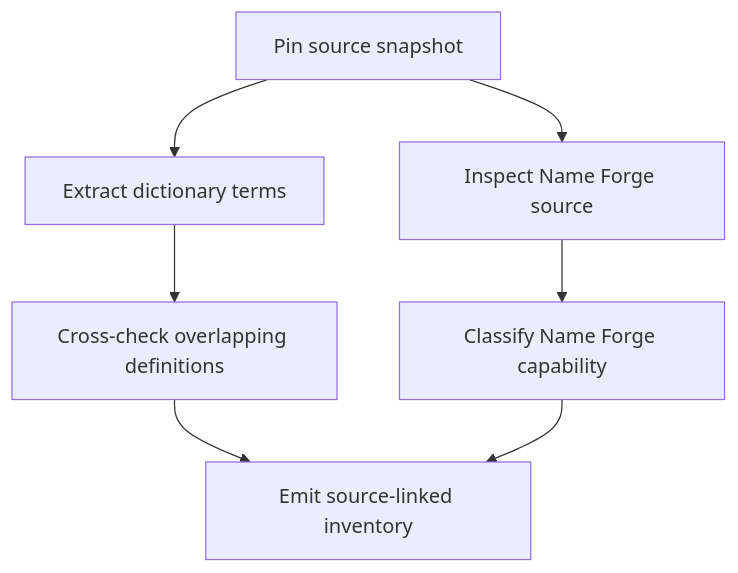
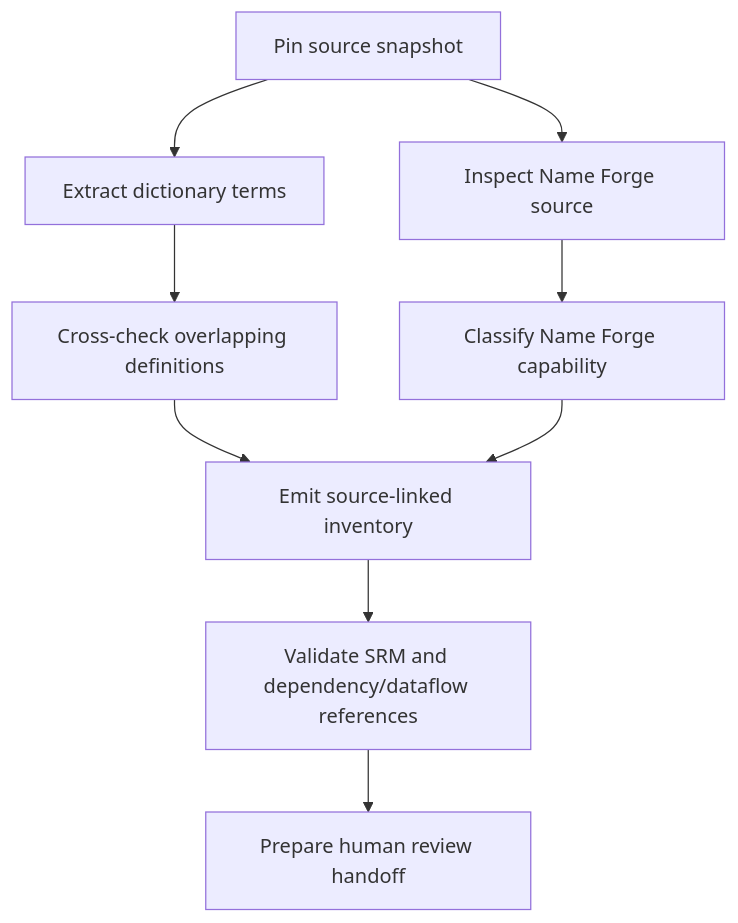
One commit to timerloggedout-spec/termux-monorepo changed the diagram in docs/proposals/active/software-recipe-intelligence/examples/GRIMOIRE-CRAFT-WORKED-EXAMPLE.md. Above: the diagram before and after it, drawn with Mermaid. The commit also changed other lines of this file, not shown here.

Commit message:
docs(recipe): complete worked example validation and handoff flow

````diff
--- a/docs/proposals/active/software-recipe-intelligence/examples/GRIMOIRE-CRAFT-WORKED-EXAMPLE.md
+++ b/docs/proposals/active/software-recipe-intelligence/examples/GRIMOIRE-CRAFT-WORKED-EXAMPLE.md
@@ -23,9 +23,11 @@
 ```mermaid
 flowchart TD
     A[Pin source snapshot] --> B[Extract dictionary terms]
     A --> C[Inspect Name Forge source]
     B --> D[Cross-check overlapping definitions]
     C --> E[Classify Name Forge capability]
     D --> F[Emit source-linked inventory]
     E --> F
+    F --> G[Validate SRM and dependency/dataflow references]
+    G --> H[Prepare human review handoff]
 ```
````
